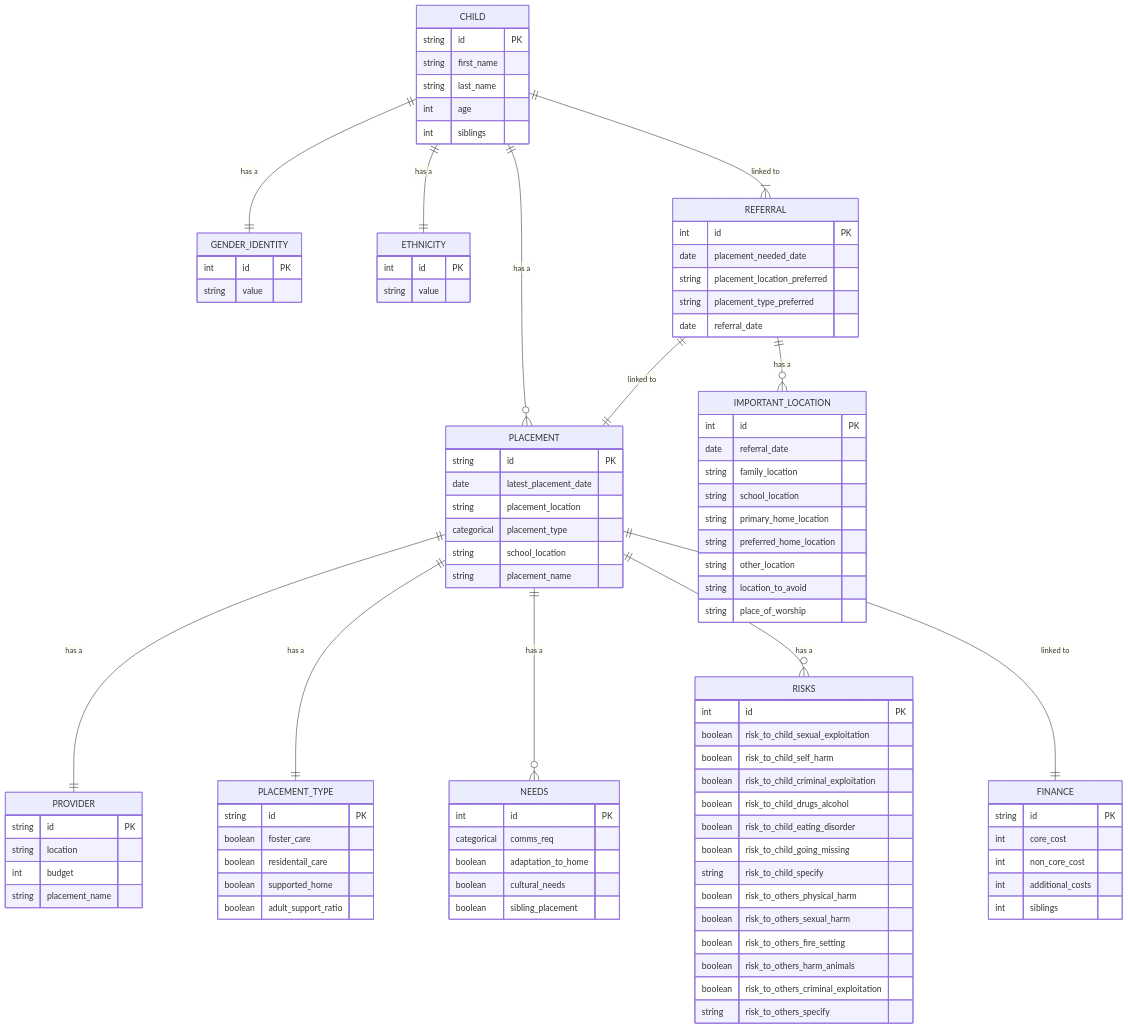
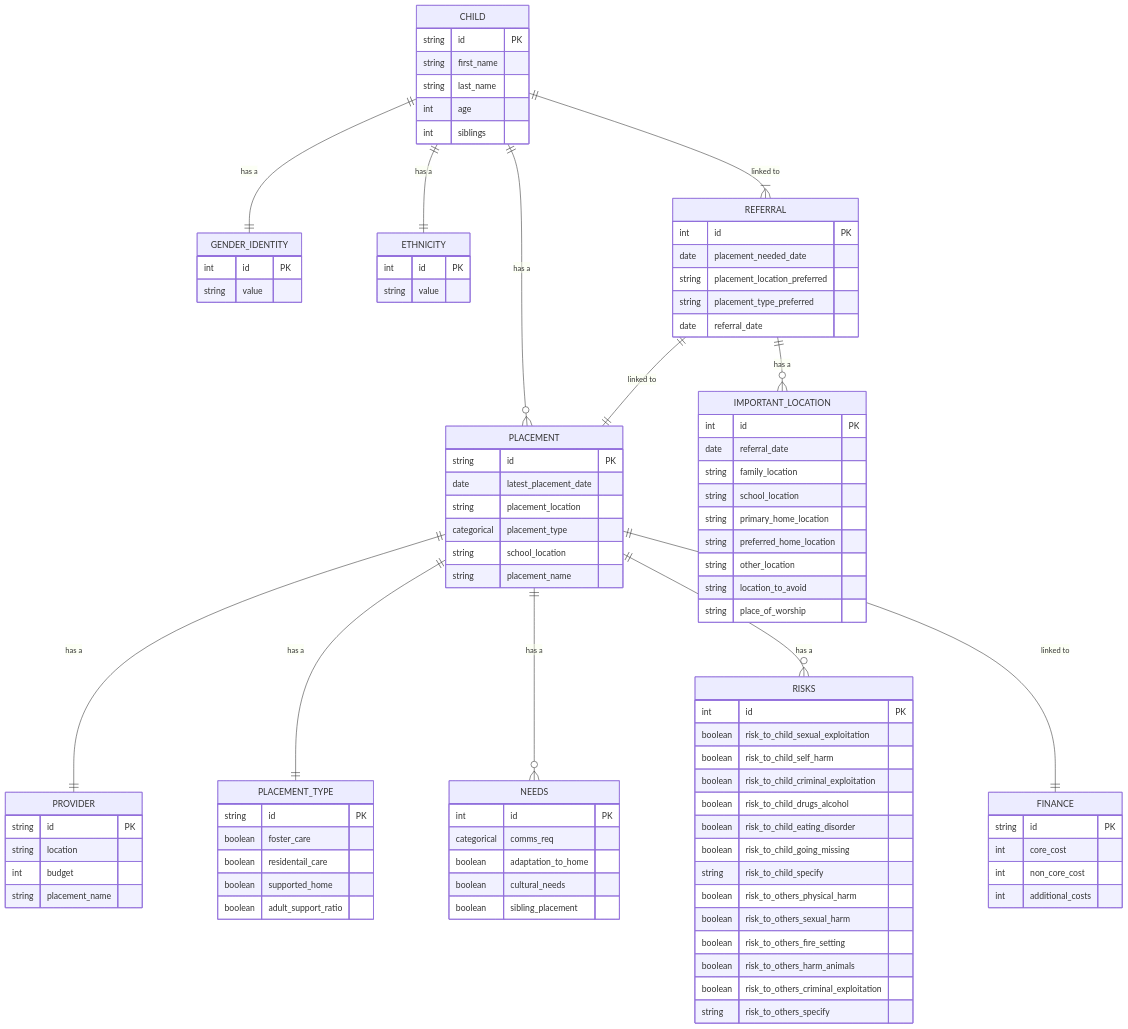
One commit to SocialFinanceDigitalLabs/sw-sufficiency-model changed the diagram in README.md. Above: the diagram before and after it, drawn with Mermaid.

````diff
--- a/README.md
+++ b/README.md
@@ -96,6 +96,5 @@
         int core_cost
         int non_core_cost
         int additional_costs
-        int siblings
     }
 ```
````
